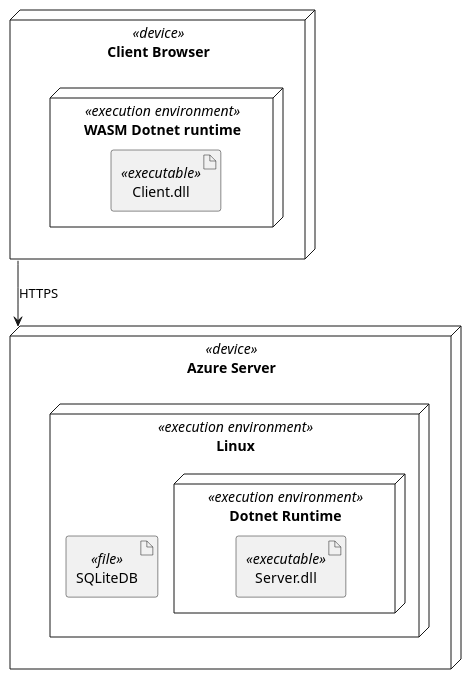
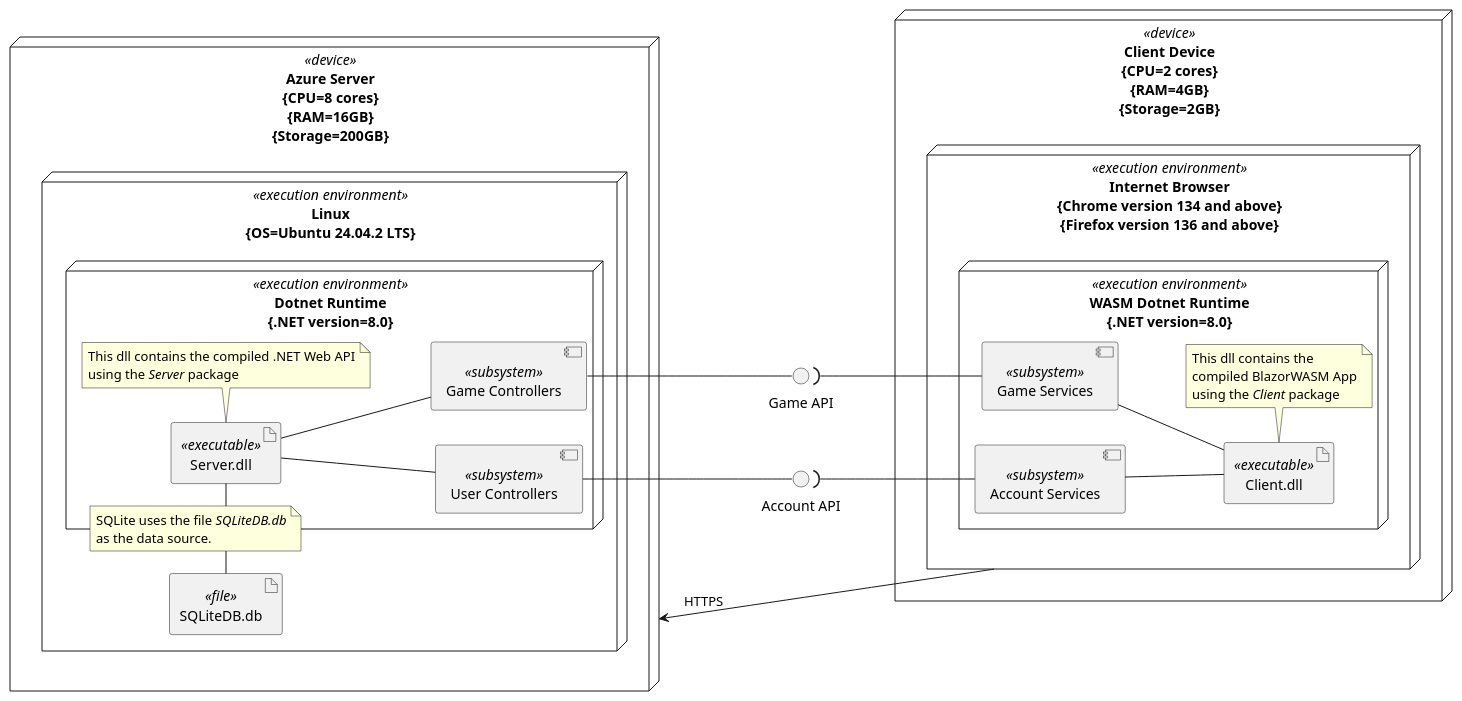
One commit to Cryptic5/itsSoOverlief changed the diagram in Diagrams/deployment_diagram.puml. Above: the diagram before and after it, drawn with PlantUML. The commit also changed 3 other files, not shown here.

Commit message:
added client component diagram, updated deployment diagram

```diff
--- a/Diagrams/deployment_diagram.puml
+++ b/Diagrams/deployment_diagram.puml
@@ -1,19 +1,55 @@
 @startuml
-node "Client Browser" as Client <<device>> {
-  node "WASM Dotnet runtime" as ClientRuntime <<execution environment>> {
-        artifact "Client.dll" <<executable>>
+left to right direction
+node "Client Device\n{CPU=2 cores}\n{RAM=4GB}\n{Storage=2GB}" as ClientDevice <<device>> {
+    node "Internet Browser\n{Chrome version 134 and above}\n{Firefox version 136 and above}" as Client <<execution environment>> {
+        node "WASM Dotnet Runtime\n{.NET version=8.0}" as ClientRuntime <<execution environment>> {
+            component "Account Services" <<subsystem>> as AServices
+            component "Game Services" <<subsystem>> as GServices
+            artifact "Client.dll" <<executable>> as ClientExe
+            note bottom of ClientExe
+                This dll contains the
+                compiled BlazorWASM App
+                using the <i>Client</i> package
+            end note
+        }
     }
 }
 
-node "Azure Server" as Server <<device>> { 
-    node "Linux" as Linux <<execution environment>> {
-        node "Dotnet Runtime" as Dotnet <<execution environment>> {
-            artifact "Server.dll" as ServerArtifact <<executable>>
+node "Azure Server\n{CPU=8 cores}\n{RAM=16GB}\n{Storage=200GB}"  as Server <<device>> { 
+    node "Linux\n{OS=Ubuntu 24.04.2 LTS}" as Linux <<execution environment>> {
+        node "Dotnet Runtime\n{.NET version=8.0}" as Dotnet <<execution environment>> {
+            component "Game Controllers" <<subsystem>> as GControllers
+            component "User Controllers" <<subsystem>> as UControllers
+            artifact "Server.dll" <<executable>> as ServerExe
+            note bottom of ServerExe
+                This dll contains the compiled .NET Web API
+                using the <i>Server</i> package
+            end note
         }
-        artifact "SQLiteDB" as SQLiteDB <<file>>
+        artifact "SQLiteDB.db" as SQLiteDB <<file>>
     }
-}
+} 
+
+interface "Account API" as AAPI
+interface "Game API" as GAPI
+
+GControllers -- GAPI
+UControllers -- AAPI
+GAPI )-- GServices
+AAPI )-- AServices
+
+ServerExe -- GControllers
+ServerExe -- UControllers
+ServerExe -l- SQLiteDB
+note left on link
+    SQLite uses the file <i>SQLiteDB.db</i>
+    as the data source.
+end note
+
+AServices -- ClientExe
+GServices -- ClientExe
 
 ' Communication between nodes
 Client --> Server : HTTPS
+
 @enduml
```
